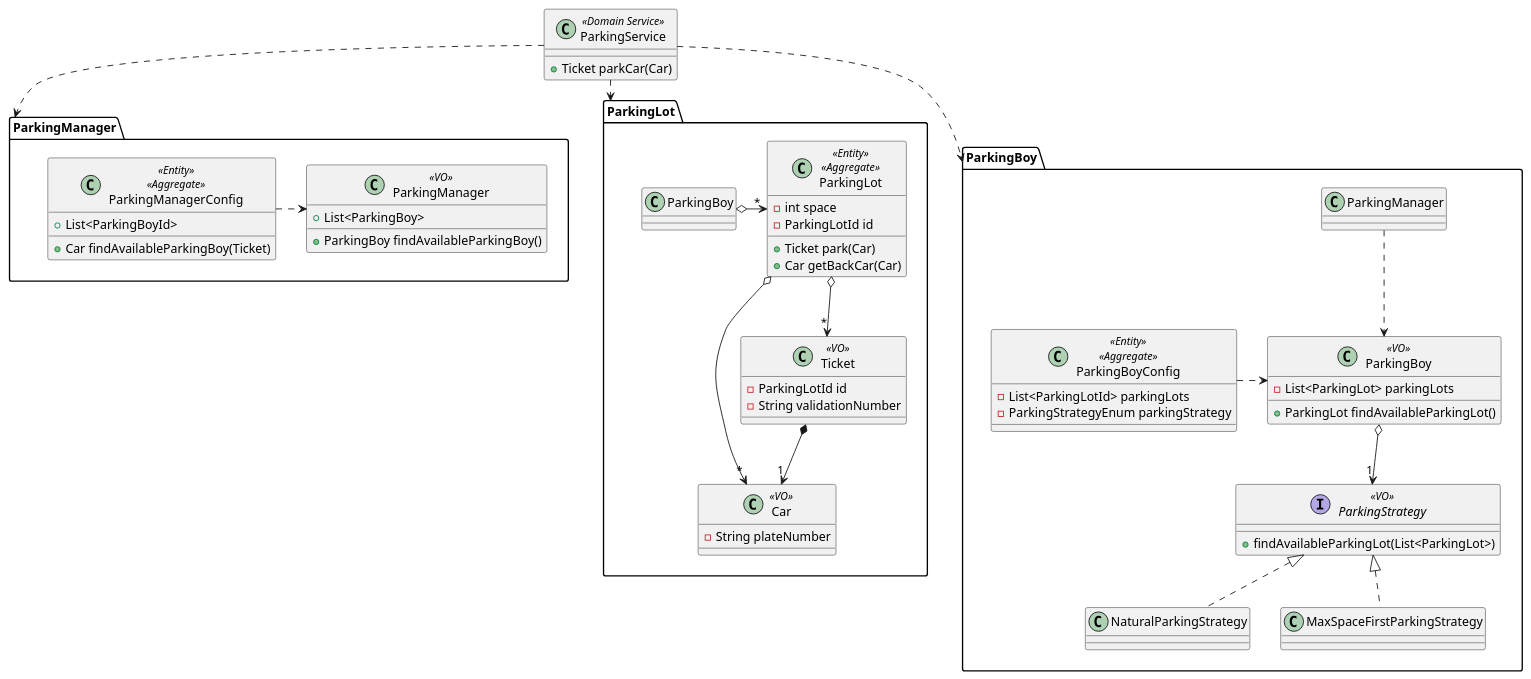
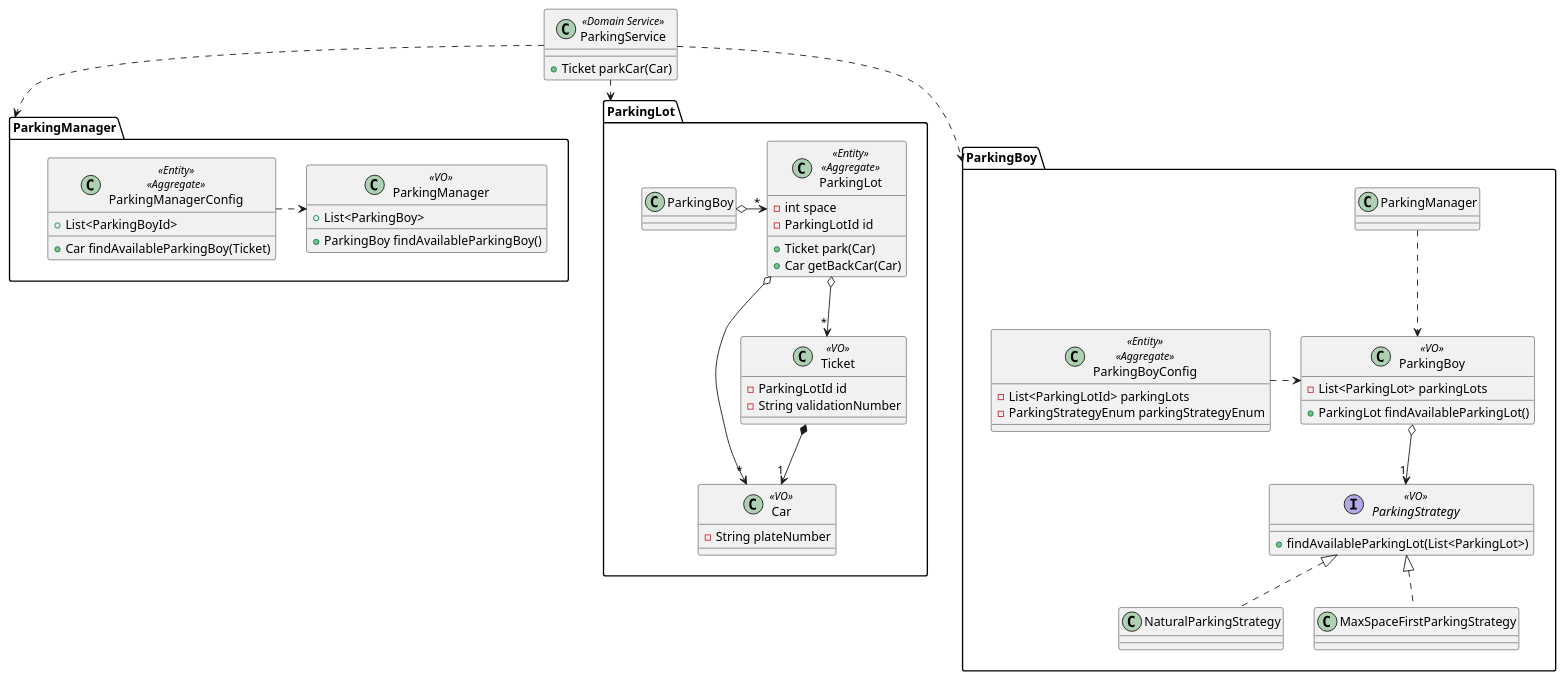
Before and after one commit to boydfd/parking-lot: the diagram in resources/main.puml, drawn with PlantUML. The commit also changed 25 other files, not shown here.

```diff
--- a/resources/main.puml
+++ b/resources/main.puml
@@ -1,72 +1,72 @@
 @startuml
 
 ParkingService ..> ParkingManager
 ParkingService ..> ParkingLot
 ParkingService ..> ParkingBoy
 
 class ParkingService <<Domain Service>> {
 	+ Ticket parkCar(Car)
 }
 
 package ParkingManager {
 	class ParkingManager <<VO>> {
 		+ List<ParkingBoy>
 		+ ParkingBoy findAvailableParkingBoy()
 	}
 
 	class ParkingManagerConfig <<Entity>> <<Aggregate>> {
 		+ List<ParkingBoyId>
 		+ Car findAvailableParkingBoy(Ticket)
 	}
 
 	ParkingManagerConfig .>  ParkingManager
 }
 
 package ParkingBoy {
 	interface ParkingStrategy <<VO>> {
 		+ findAvailableParkingLot(List<ParkingLot>)
 	}
 
 	class ParkingBoy <<VO>> {
 		- List<ParkingLot> parkingLots
 		+ ParkingLot findAvailableParkingLot()
 	}
 
 	class ParkingBoyConfig <<Entity>> <<Aggregate>> {
 		- List<ParkingLotId> parkingLots
-		- ParkingStrategyEnum parkingStrategy
+		- ParkingStrategyEnum parkingStrategyEnum
 	}
 	ParkingManager ..>  ParkingBoy
 	ParkingBoyConfig .> ParkingBoy
 	ParkingBoy o--> "1" ParkingStrategy
 	ParkingStrategy <|.. NaturalParkingStrategy
 	ParkingStrategy <|.. MaxSpaceFirstParkingStrategy
 
 }
 
 package ParkingLot {
 
 	class ParkingLot <<Entity>> <<Aggregate>> {
 		- int space
 		- ParkingLotId id
 		+ Ticket park(Car)
 		+ Car getBackCar(Car)
 	}
 
 	class Car <<VO>> {
 		- String plateNumber
 	}
 
 	class Ticket <<VO>> {
 		- ParkingLotId id
 		- String validationNumber
 	}
 
 	ParkingBoy o-> "*" ParkingLot
 	Ticket *--> "1" Car
 	ParkingLot o--> "*" Car
 	ParkingLot o--> "*" Ticket
 }
 
 
 @enduml
```
